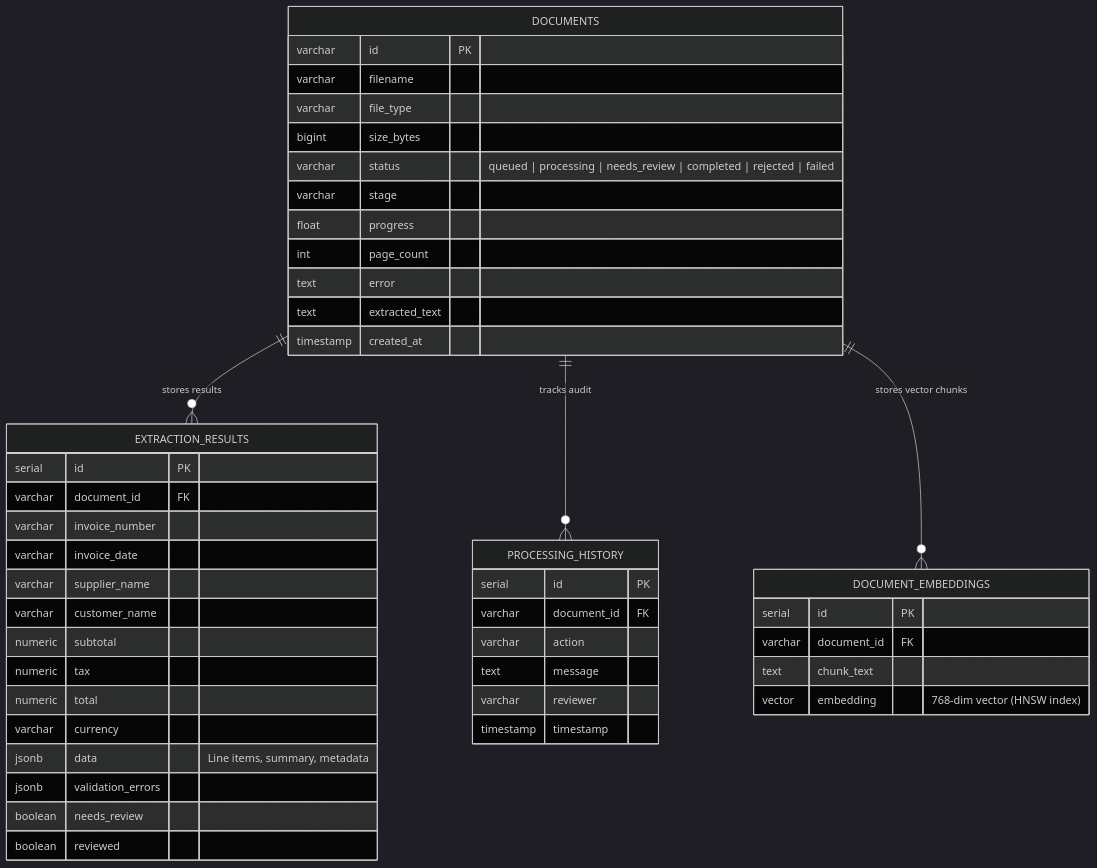
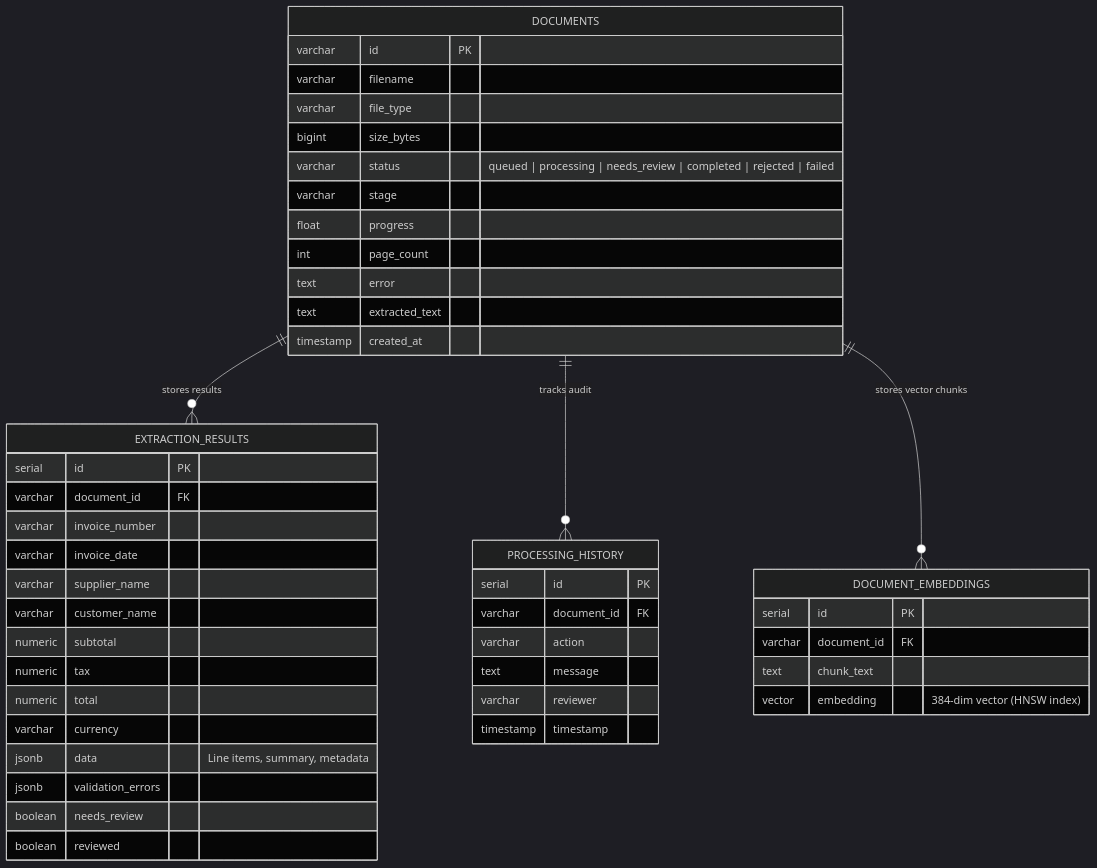
The second of 2 diagrams in README.md (mmiskatul/DocuIntel-backend), drawn with Mermaid (dark theme) before and after one commit. The commit also changed other lines of this file and 13 other files, not shown here.

````diff
--- a/README.md
+++ b/README.md
@@ -80,53 +80,53 @@
 ```mermaid
 erDiagram
     DOCUMENTS ||--o{ EXTRACTION_RESULTS : "stores results"
     DOCUMENTS ||--o{ PROCESSING_HISTORY : "tracks audit"
     DOCUMENTS ||--o{ DOCUMENT_EMBEDDINGS : "stores vector chunks"
 
     DOCUMENTS {
         varchar id PK
         varchar filename
         varchar file_type
         bigint size_bytes
         varchar status "queued | processing | needs_review | completed | rejected | failed"
         varchar stage
         float progress
         int page_count
         text error
         text extracted_text
         timestamp created_at
     }
 
     EXTRACTION_RESULTS {
         serial id PK
         varchar document_id FK
         varchar invoice_number
         varchar invoice_date
         varchar supplier_name
         varchar customer_name
         numeric subtotal
         numeric tax
         numeric total
         varchar currency
         jsonb data "Line items, summary, metadata"
         jsonb validation_errors
         boolean needs_review
         boolean reviewed
     }
 
     PROCESSING_HISTORY {
         serial id PK
         varchar document_id FK
         varchar action
         text message
         varchar reviewer
         timestamp timestamp
     }
 
     DOCUMENT_EMBEDDINGS {
         serial id PK
         varchar document_id FK
         text chunk_text
-        vector embedding "768-dim vector (HNSW index)"
+        vector embedding "384-dim vector (HNSW index)"
     }
 ```
````
